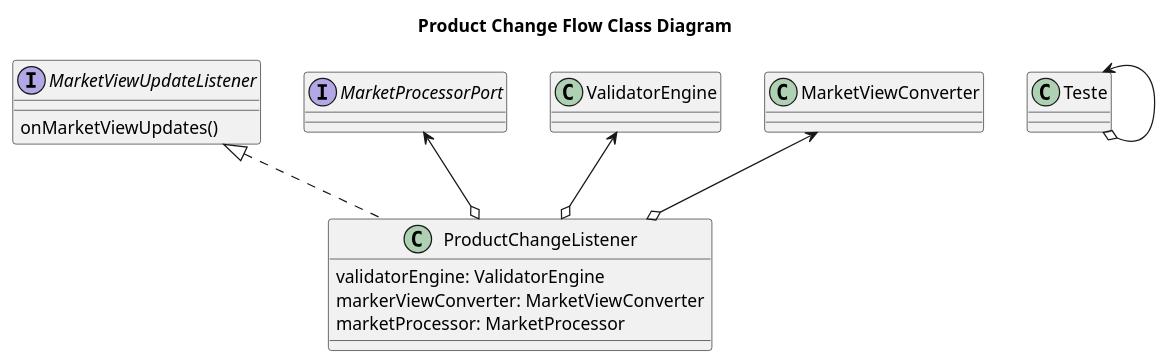
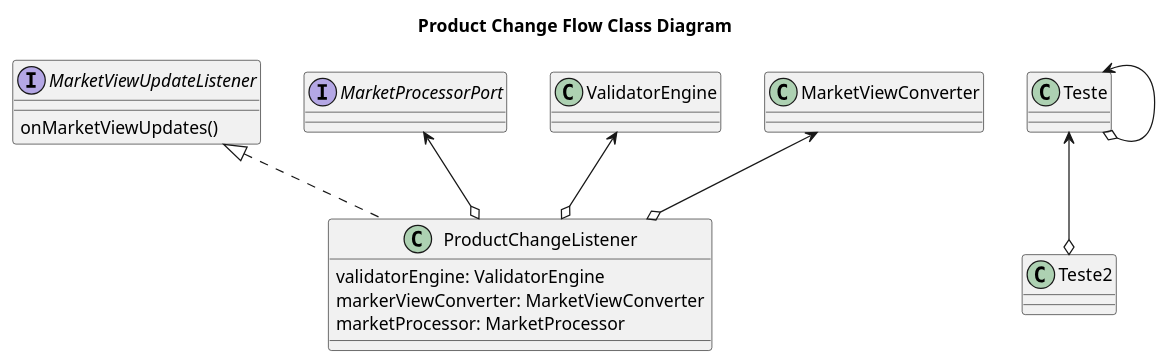
One commit to freitasm2/github-pages-with-jekyll changed the diagram in docs/src/diagrams/productchange.puml. Above: the diagram before and after it, drawn with PlantUML.

Commit message:
removes graphviz

```diff
--- a/docs/src/diagrams/productchange.puml
+++ b/docs/src/diagrams/productchange.puml
@@ -1,26 +1,28 @@
 @startuml
 skinparam backgroundColor white
 
 title Product Change Flow Class Diagram
 
 class ProductChangeListener{
 validatorEngine: ValidatorEngine
 markerViewConverter: MarketViewConverter
 marketProcessor: MarketProcessor
 }
 
 interface MarketViewUpdateListener{
 onMarketViewUpdates()
 }
 
 interface MarketProcessorPort{
 }
 
 MarketViewUpdateListener <|.. ProductChangeListener
 ValidatorEngine <--o ProductChangeListener
 MarketViewConverter <--o ProductChangeListener
 MarketProcessorPort <--o ProductChangeListener
 Teste <--o Teste
+Teste <--o Teste2
+
 
 
 @enduml
```
